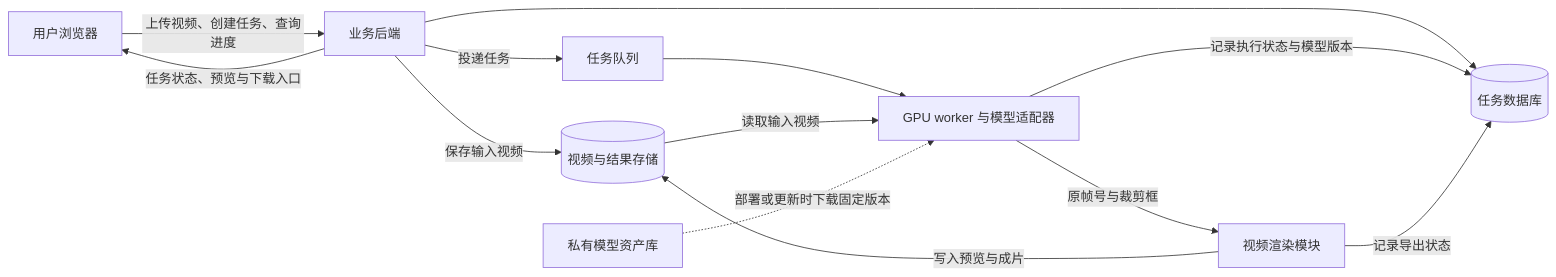
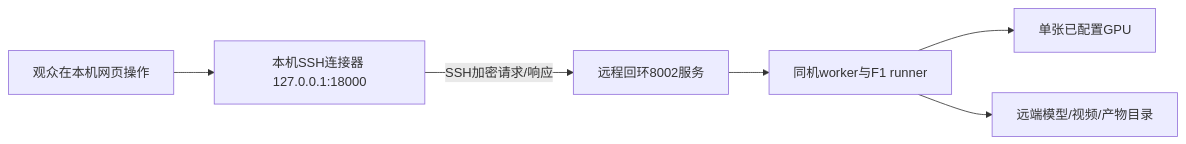
The second of 2 diagrams in docs/architecture.md (Regulus-Blac/highlight-studio), drawn with Mermaid before and after one commit. The commit also changed other lines of this file and 28 other files, not shown here.

````diff
--- a/docs/architecture.md
+++ b/docs/architecture.md
@@ -41,15 +26,8 @@
 ```mermaid
 flowchart LR
-    U[用户浏览器] -->|上传视频、创建任务、查询进度| API[业务后端]
-    API --> DB[(任务数据库)]
-    API -->|保存输入视频| S[(视频与结果存储)]
-    API -->|投递任务| Q[任务队列]
-    Q --> W[GPU worker 与模型适配器]
-    S -->|读取输入视频| W
-    W -->|原帧号与裁剪框| R[视频渲染模块]
-    W -->|记录执行状态与模型版本| DB
-    R -->|记录导出状态| DB
-    R -->|写入预览与成片| S
-    API -->|任务状态、预览与下载入口| U
-    H[私有模型资产库] -.->|部署或更新时下载固定版本| W
+    U[观众在本机网页操作] --> C[本机SSH连接器 127.0.0.1:18000]
+    C -->|SSH加密请求/响应| API[远程回环8002服务]
+    API --> W[同机worker与F1 runner]
+    W --> GPU[单张已配置GPU]
+    W --> V[远端模型/视频/产物目录]
 ```
````
